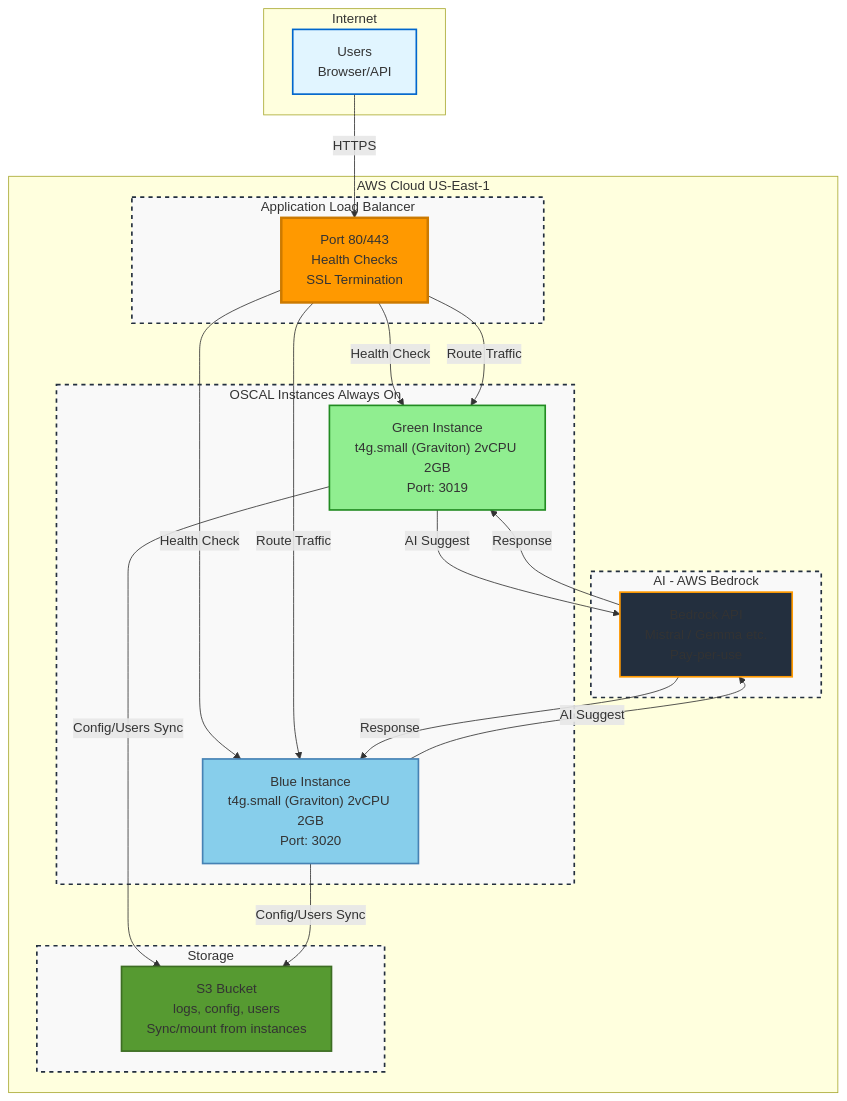
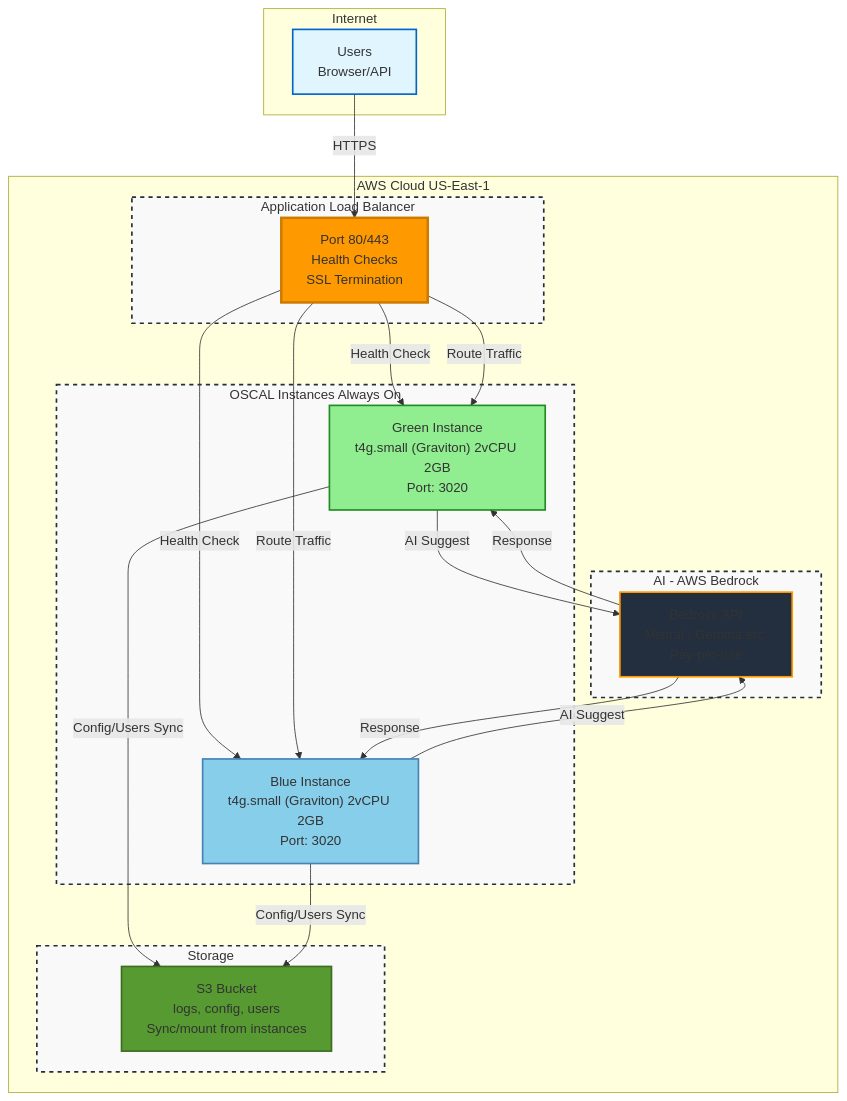
Before and after one commit to adobe/OSCAL-Reports: the diagram in docs/diagrams/aws-auto-scaling-architecture.mmd, drawn with Mermaid. The commit also changed 97 other files, not shown here.

```diff
--- a/docs/diagrams/aws-auto-scaling-architecture.mmd
+++ b/docs/diagrams/aws-auto-scaling-architecture.mmd
@@ -1,47 +1,47 @@
 flowchart TB
     subgraph Internet["Internet"]
         Users["Users<br/>Browser/API"]
     end
 
     subgraph AWS["AWS Cloud US-East-1"]
         subgraph LoadBalancer["Application Load Balancer"]
             ALB["Port 80/443<br/>Health Checks<br/>SSL Termination"]
         end
 
         subgraph OSCAL["OSCAL Instances Always On"]
-            Green["Green Instance<br/>t4g.small (Graviton) 2vCPU 2GB<br/>Port: 3019"]
+            Green["Green Instance<br/>t4g.small (Graviton) 2vCPU 2GB<br/>Port: 3020"]
             Blue["Blue Instance<br/>t4g.small (Graviton) 2vCPU 2GB<br/>Port: 3020"]
         end
 
         subgraph Storage["Storage"]
             S3["S3 Bucket<br/>logs, config, users<br/>Sync/mount from instances"]
         end
 
         subgraph AI["AI - AWS Bedrock"]
             Bedrock["Bedrock API<br/>Mistral / Gemma etc.<br/>Pay-per-use"]
         end
     end
 
     Users -->|HTTPS| ALB
     ALB -->|Health Check| Green
     ALB -->|Health Check| Blue
     ALB -->|Route Traffic| Green
     ALB -->|Route Traffic| Blue
 
     Green -->|Config/Users Sync| S3
     Blue -->|Config/Users Sync| S3
 
     Green -->|AI Suggest| Bedrock
     Blue -->|AI Suggest| Bedrock
     Bedrock -->|Response| Green
     Bedrock -->|Response| Blue
 
     style Users fill:#e1f5ff,stroke:#0066cc,stroke-width:2px
     style ALB fill:#ff9900,stroke:#cc7a00,stroke-width:3px
     style Green fill:#90EE90,stroke:#228B22,stroke-width:2px
     style Blue fill:#87CEEB,stroke:#4682B4,stroke-width:2px
     style S3 fill:#569A31,stroke:#3d6d23,stroke-width:2px
     style Bedrock fill:#232F3E,stroke:#ff9900,stroke-width:2px
 
     classDef awsGroup fill:#f9f9f9,stroke:#232F3E,stroke-width:2px,stroke-dasharray: 5 5
     class LoadBalancer,OSCAL,Storage,AI awsGroup
```
